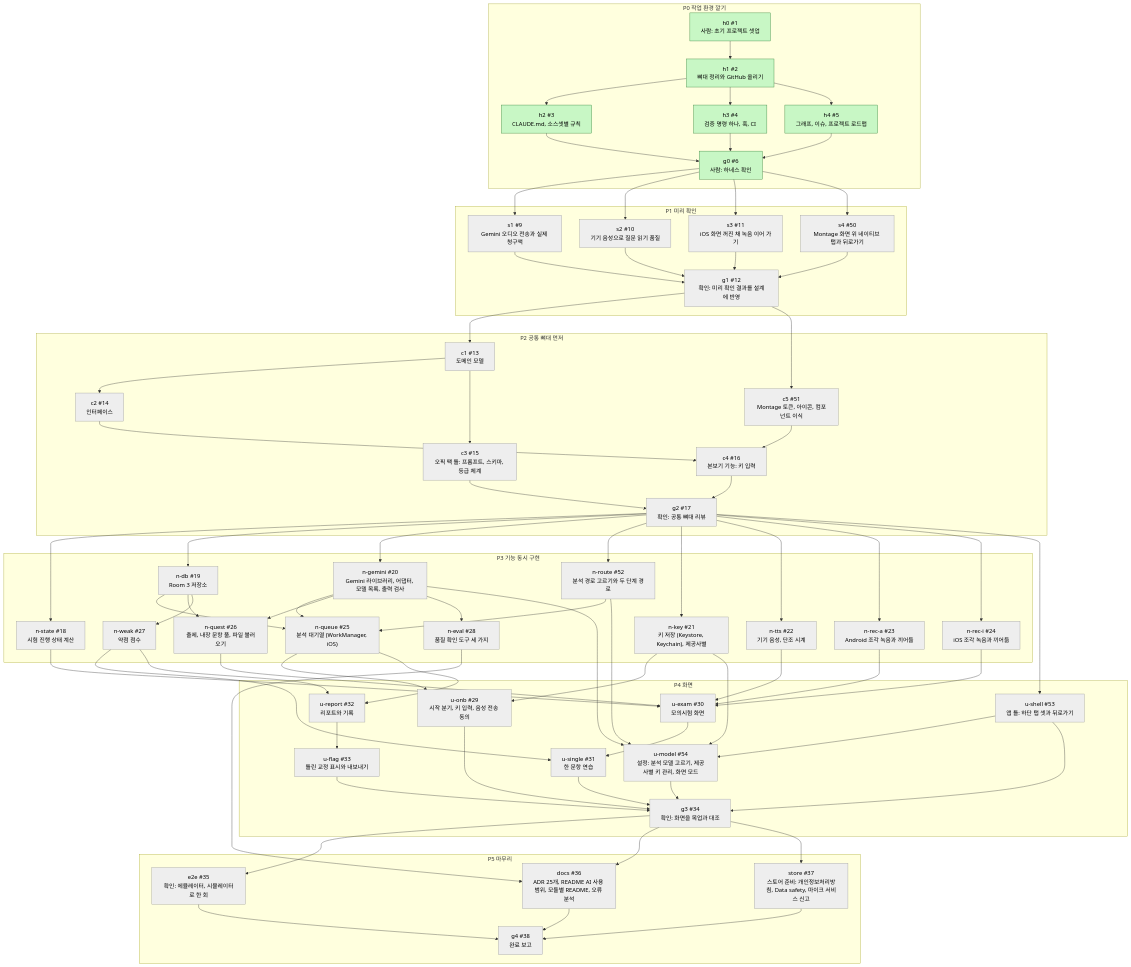
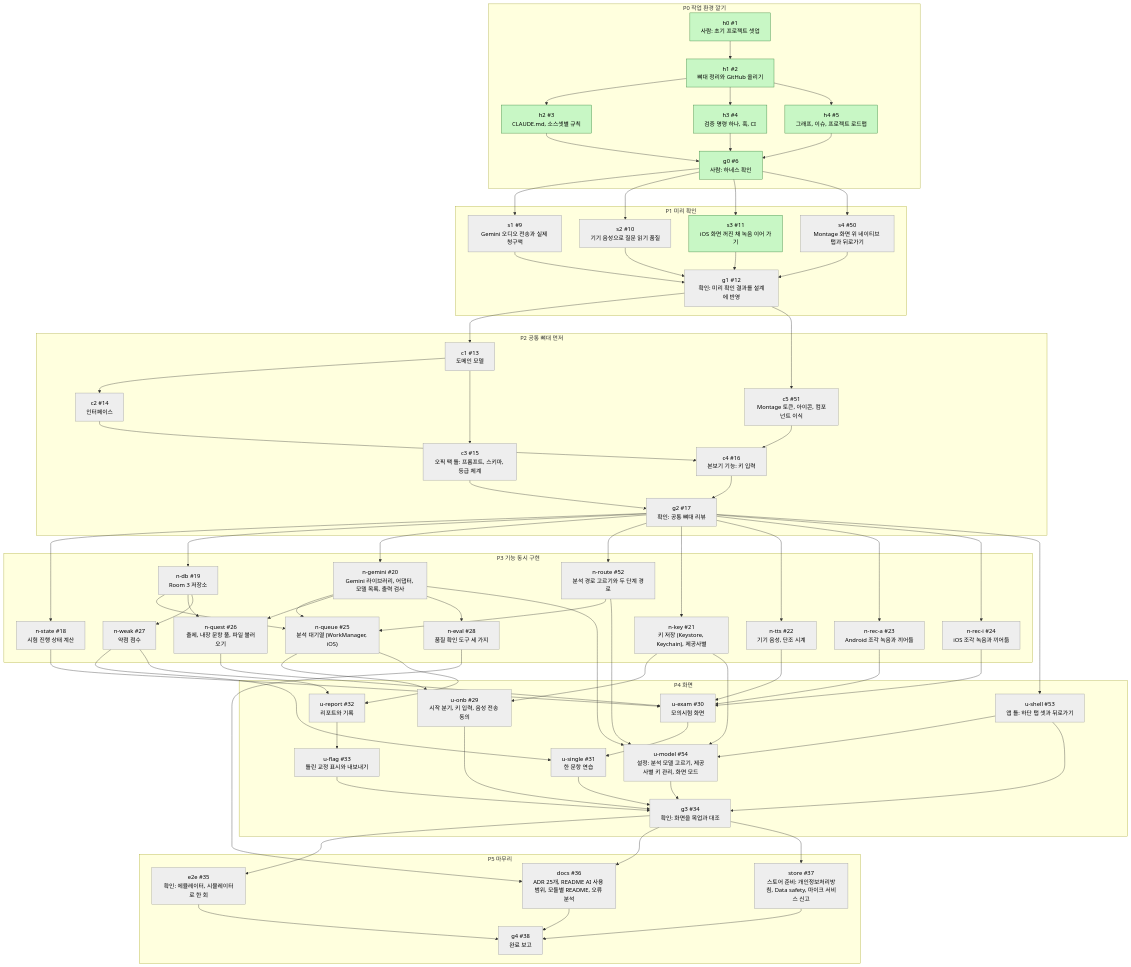
Before and after one commit to nosorae/AiOpicSelfStudy: the first of 2 diagrams in docs/graph/dev-graph.md, drawn with Mermaid. The commit also changed other lines of this file and 9 other files, not shown here.

````diff
--- a/docs/graph/dev-graph.md
+++ b/docs/graph/dev-graph.md
@@ -127,9 +127,9 @@
   docs --> g4
   store --> g4
   classDef todo fill:#eeeeee,stroke:#999999,color:#000
-  class s1,s2,s3,s4,g1,c1,c2,c3,c5,c4,g2,n_state,n_db,n_gemini,n_route,n_key,n_tts,n_rec_a,n_rec_i,n_queue,n_quest,n_weak,n_eval,u_onb,u_shell,u_exam,u_single,u_report,u_flag,u_model,g3,e2e,docs,store,g4 todo
+  class s1,s2,s4,g1,c1,c2,c3,c5,c4,g2,n_state,n_db,n_gemini,n_route,n_key,n_tts,n_rec_a,n_rec_i,n_queue,n_quest,n_weak,n_eval,u_onb,u_shell,u_exam,u_single,u_report,u_flag,u_model,g3,e2e,docs,store,g4 todo
   classDef doing fill:#fff3b0,stroke:#d4a017,color:#000
   classDef done fill:#c8f7c5,stroke:#2e7d32,color:#000
-  class h0,h1,h2,h3,h4,g0 done
+  class h0,h1,h2,h3,h4,g0,s3 done
   classDef blocked fill:#ffcdd2,stroke:#c62828,color:#000
 ```
````
